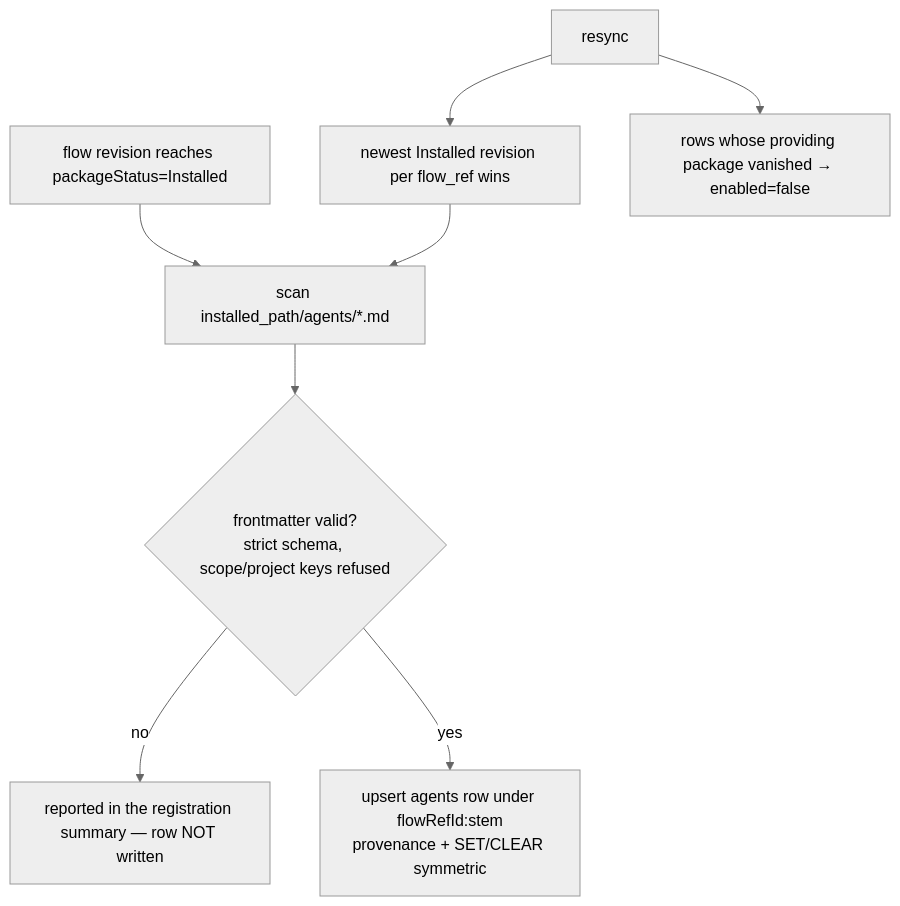
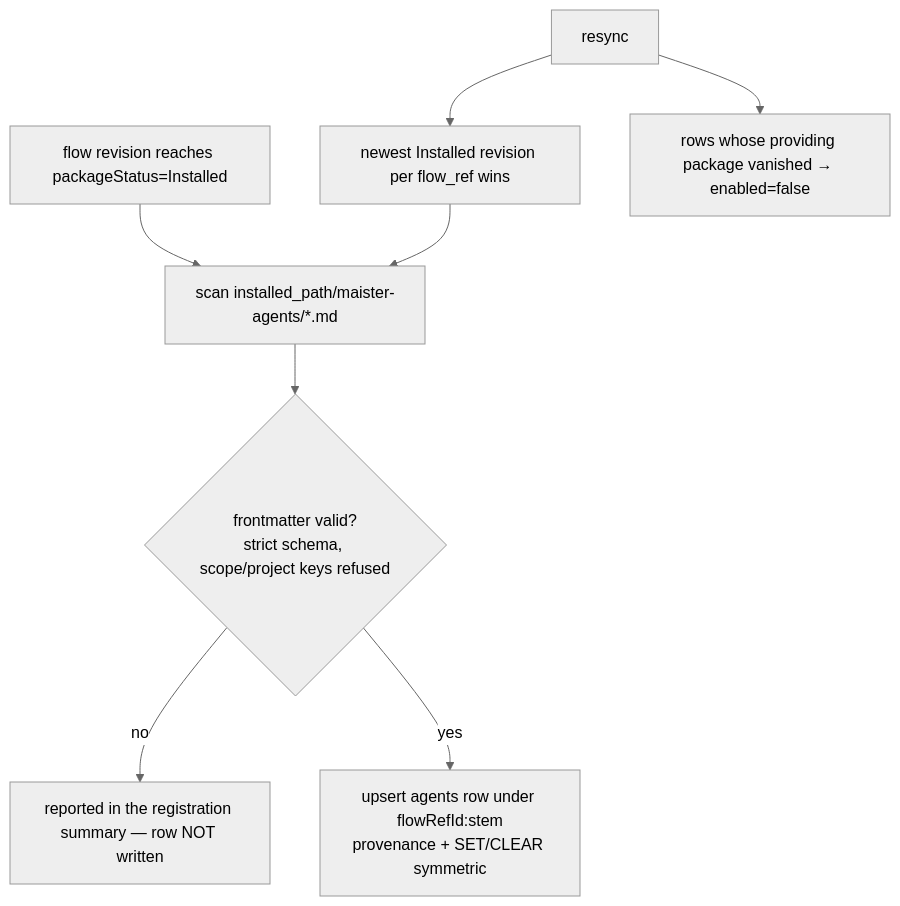
One commit to maister-dev/maister changed the second of 8 diagrams in docs/system-analytics/agents.md. Above: the diagram before and after it, drawn with Mermaid (neutral theme). The commit also changed other lines of this file and 18 other files, not shown here.

````diff
--- a/docs/system-analytics/agents.md
+++ b/docs/system-analytics/agents.md
@@ -114,10 +114,10 @@
 ```mermaid
 flowchart TD
-    I[flow revision reaches packageStatus=Installed] --> S[scan installed_path/agents/*.md]
+    I[flow revision reaches packageStatus=Installed] --> S[scan installed_path/maister-agents/*.md]
     S --> P{frontmatter valid?<br/>strict schema, scope/project keys refused}
     P -- no --> R[reported in the registration summary — row NOT written]
     P -- yes --> U[upsert agents row under flowRefId:stem<br/>provenance + SET/CLEAR symmetric]
     RS[resync] --> N[newest Installed revision per flow_ref wins]
     N --> S
     RS --> D[rows whose providing package vanished → enabled=false]
 ```
````
